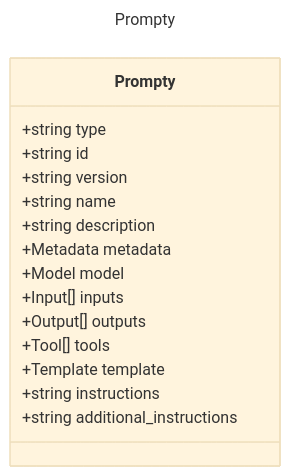
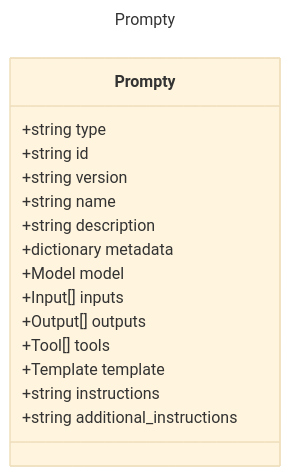
One commit to microsoft/prompty changed the diagram in specification/prompty/docs/Prompty.md. Above: the diagram before and after it, drawn with Mermaid (base theme). The commit also changed other lines of this file and 12 other files, not shown here.

````diff
--- a/specification/prompty/docs/Prompty.md
+++ b/specification/prompty/docs/Prompty.md
@@ -12,21 +12,21 @@
 ```mermaid
 ---
 title: Prompty
 ---
 classDiagram
     class Prompty {
         +string type
         +string id
         +string version
         +string name
         +string description
-        +Metadata metadata
+        +dictionary metadata
         +Model model
         +Input[] inputs
         +Output[] outputs
         +Tool[] tools
         +Template template
         +string instructions
         +string additional_instructions
     }
 ```
````
